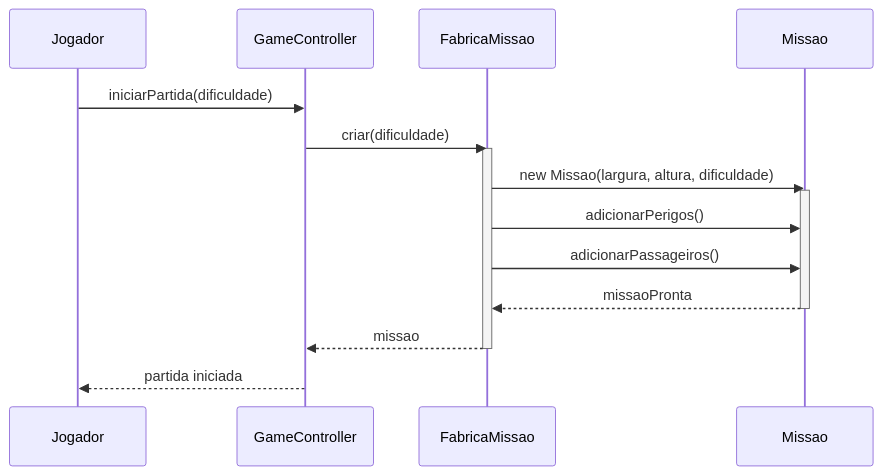
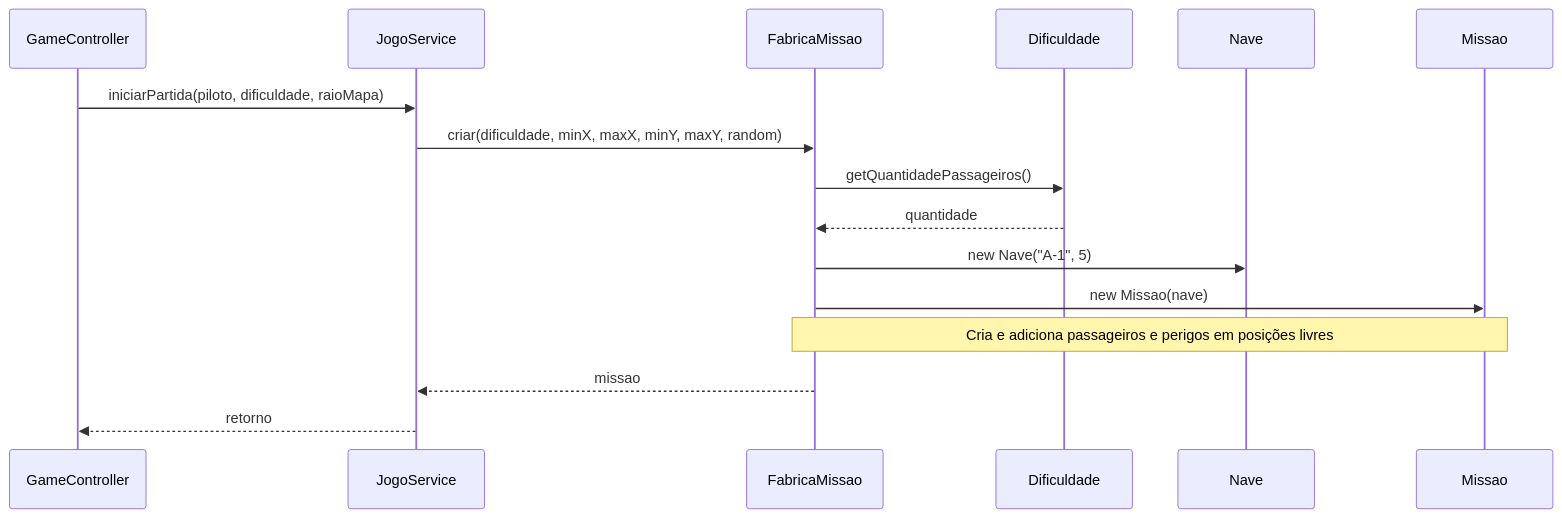
The diagram in apostilas-grasp/creator.md (marcelobezerra-dotcom/grasp-tutorial), drawn with Mermaid before and after one commit. The commit also changed other lines of this file and 70 other files, not shown here.

````diff
--- a/apostilas-grasp/creator.md
+++ b/apostilas-grasp/creator.md
@@ -60,20 +41,18 @@
 ```mermaid
 sequenceDiagram
-  participant Jogador
-  participant GameController
-  participant FabricaMissao
-  participant Missao
-
-  Jogador->>GameController: iniciarPartida(dificuldade)
-  GameController->>FabricaMissao: criar(dificuldade)
-  activate FabricaMissao
-  FabricaMissao->>Missao: new Missao(largura, altura, dificuldade)
-  activate Missao
-  FabricaMissao->>Missao: adicionarPerigos()
-  FabricaMissao->>Missao: adicionarPassageiros()
-  Missao-->>FabricaMissao: missaoPronta
-  deactivate Missao
-  FabricaMissao-->>GameController: missao
-  deactivate FabricaMissao
-  GameController-->>Jogador: partida iniciada
+    participant GameController
+    participant JogoService
+    participant FabricaMissao
+    participant Dificuldade
+    participant Nave
+    participant Missao
+    GameController->>JogoService: iniciarPartida(piloto, dificuldade, raioMapa)
+    JogoService->>FabricaMissao: criar(dificuldade, minX, maxX, minY, maxY, random)
+    FabricaMissao->>Dificuldade: getQuantidadePassageiros()
+    Dificuldade-->>FabricaMissao: quantidade
+    FabricaMissao->>Nave: new Nave("A-1", 5)
+    FabricaMissao->>Missao: new Missao(nave)
+    Note over FabricaMissao,Missao: Cria e adiciona passageiros e perigos em posições livres
+    FabricaMissao-->>JogoService: missao
+    JogoService-->>GameController: retorno
 ```
````
